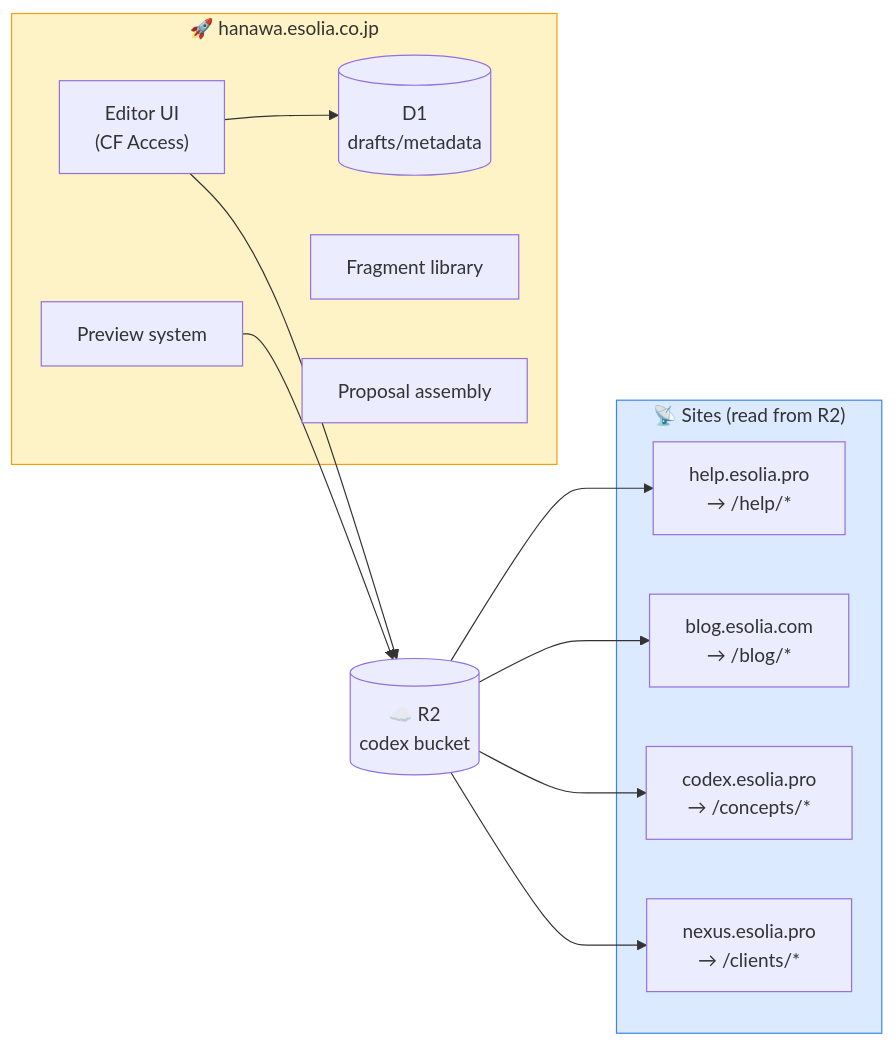
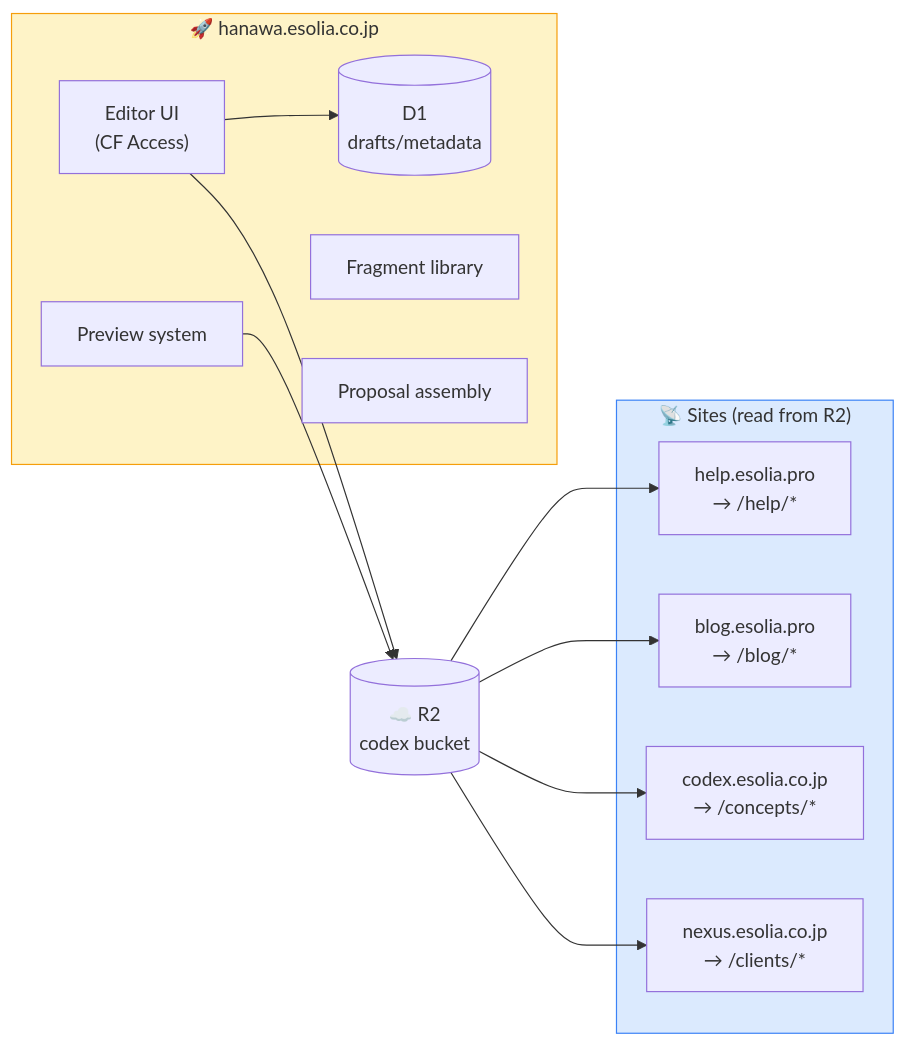
The second of 4 diagrams in CLAUDE.md (eSolia/codex), drawn with Mermaid before and after one commit. The commit also changed other lines of this file and 1 other file, not shown here.

````diff
--- a/CLAUDE.md
+++ b/CLAUDE.md
@@ -76,30 +76,30 @@
 ```mermaid
 flowchart LR
     subgraph Hanawa["🚀 hanawa.esolia.co.jp"]
         ED["Editor UI<br/>(CF Access)"]
         D1[("D1<br/>drafts/metadata")]
         PREV["Preview system"]
         FRAG["Fragment library"]
         PROP["Proposal assembly"]
     end
 
     R2[("☁️ R2<br/>codex bucket")]
 
     subgraph Sites["📡 Sites (read from R2)"]
         HELP["help.esolia.pro<br/>→ /help/*"]
-        BLOG["blog.esolia.com<br/>→ /blog/*"]
-        CODEX["codex.esolia.pro<br/>→ /concepts/*"]
-        NEXUS["nexus.esolia.pro<br/>→ /clients/*"]
+        BLOG["blog.esolia.pro<br/>→ /blog/*"]
+        CODEX["codex.esolia.co.jp<br/>→ /concepts/*"]
+        NEXUS["nexus.esolia.co.jp<br/>→ /clients/*"]
     end
 
     ED --> D1
     ED --> R2
     PREV --> R2
     R2 --> HELP
     R2 --> BLOG
     R2 --> CODEX
     R2 --> NEXUS
 
     style Hanawa fill:#fef3c7,stroke:#f59e0b
     style Sites fill:#dbeafe,stroke:#3b82f6
 ```
````
